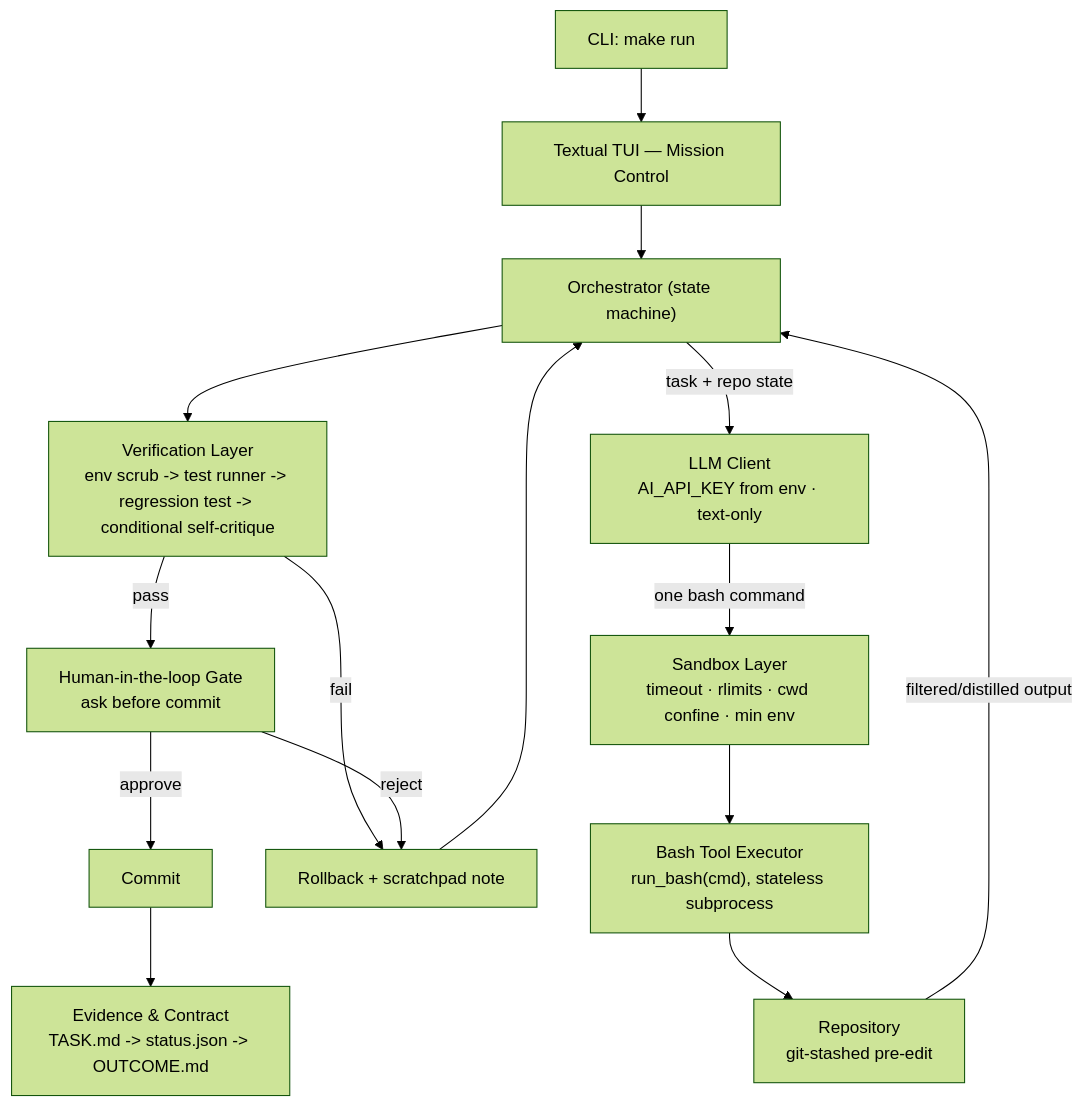
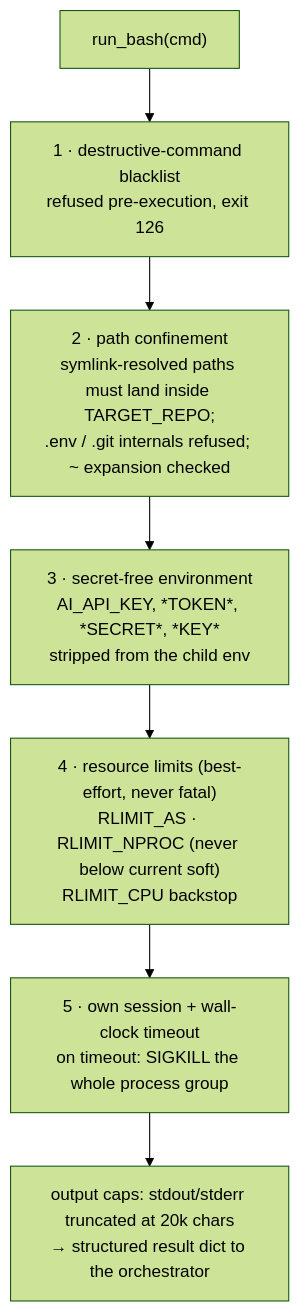
Before and after one commit to kushalrathore19/Otsutsuki: the third of 5 diagrams in README.md, drawn with Mermaid (forest theme). The commit also changed other lines of this file, not shown here.

Commit message:
docs: consolidate README — document three-tool architecture, add diagrams

````diff
--- a/README.md
+++ b/README.md
@@ -122,16 +246,9 @@
 ```mermaid
 flowchart TD
-    A["CLI: make run"] --> B["Textual TUI — Mission Control"]
-    B --> C["Orchestrator (state machine)"]
-    C -->|task + repo state| D["LLM Client<br/>AI_API_KEY from env · text-only"]
-    D -->|one bash command| E["Sandbox Layer<br/>timeout · rlimits · cwd confine · min env"]
-    E --> F["Bash Tool Executor<br/>run_bash(cmd), stateless subprocess"]
-    F --> G["Repository<br/>git-stashed pre-edit"]
-    G -->|filtered/distilled output| C
-    C --> H["Verification Layer<br/>env scrub -> test runner -> regression test -> conditional self-critique"]
-    H -->|pass| I["Human-in-the-loop Gate<br/>ask before commit"]
-    H -->|fail| J["Rollback + scratchpad note"] --> C
-    I -->|approve| K["Commit"]
-    I -->|reject| J
-    K --> L["Evidence & Contract<br/>TASK.md -> status.json -> OUTCOME.md"]
+    A["run_bash(cmd)"] --> B["1 · destructive-command blacklist<br/>refused pre-execution, exit 126"]
+    B --> C["2 · path confinement<br/>symlink-resolved paths must land inside TARGET_REPO;<br/>.env / .git internals refused; ~ expansion checked"]
+    C --> D["3 · secret-free environment<br/>AI_API_KEY, *TOKEN*, *SECRET*, *KEY*<br/>stripped from the child env"]
+    D --> E["4 · resource limits (best-effort, never fatal)<br/>RLIMIT_AS · RLIMIT_NPROC (never below current soft)<br/>RLIMIT_CPU backstop"]
+    E --> F["5 · own session + wall-clock timeout<br/>on timeout: SIGKILL the whole process group"]
+    F --> G["output caps: stdout/stderr truncated at 20k chars<br/>→ structured result dict to the orchestrator"]
 ```
````
